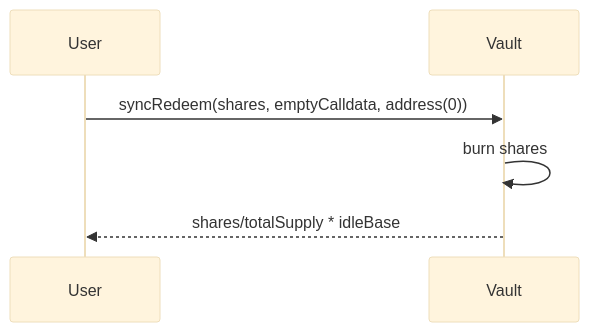
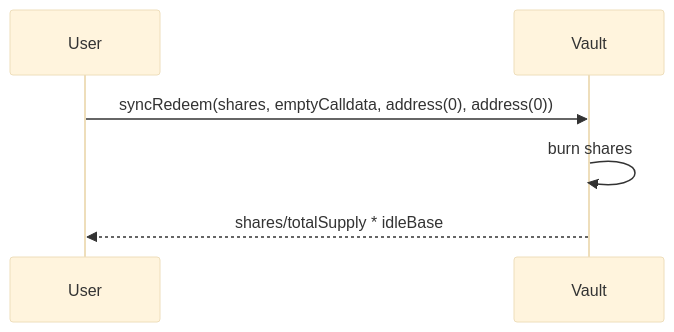
Before and after one commit to evgenynacu/leverage-vaults: the fourth of 8 diagrams in docs/architecture/token-flows.md, drawn with Mermaid (base theme). The commit also changed other lines of this file and 25 other files, not shown here.

````diff
--- a/docs/architecture/token-flows.md
+++ b/docs/architecture/token-flows.md
@@ -76,6 +78,6 @@
 ```mermaid
 sequenceDiagram
-    User->>Vault: syncRedeem(shares, emptyCalldata, address(0))
+    User->>Vault: syncRedeem(shares, emptyCalldata, address(0), address(0))
     Vault->>Vault: burn shares
     Vault-->>User: shares/totalSupply * idleBase
 ```
````
